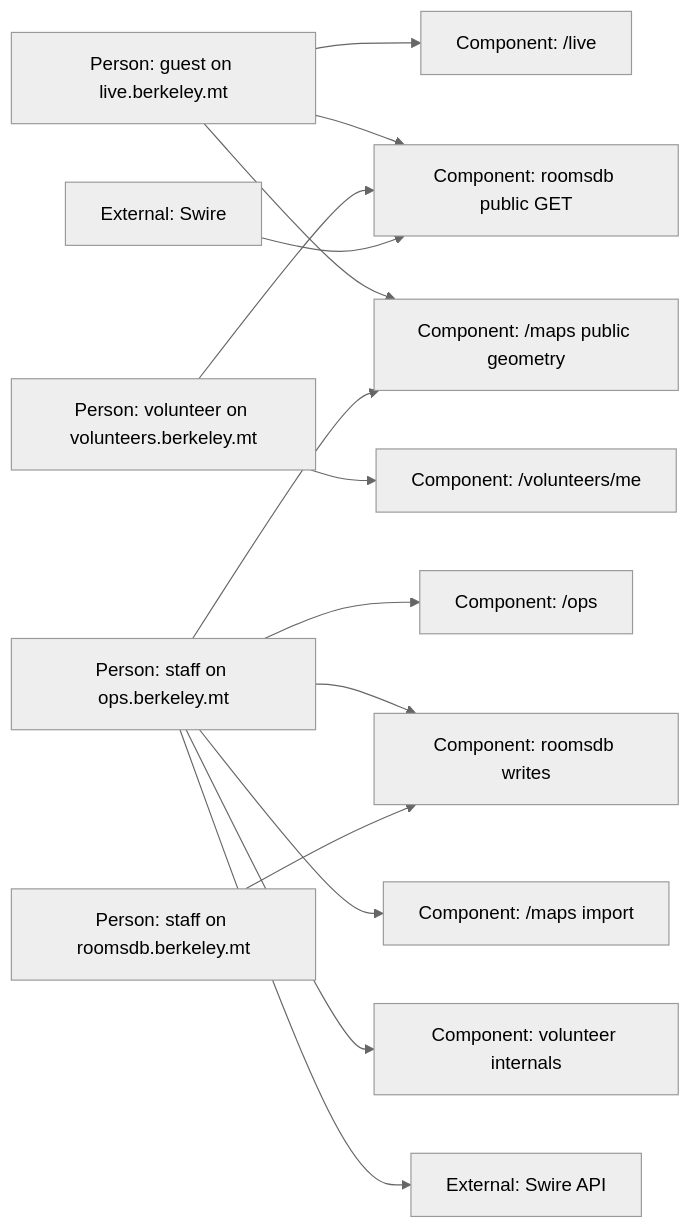
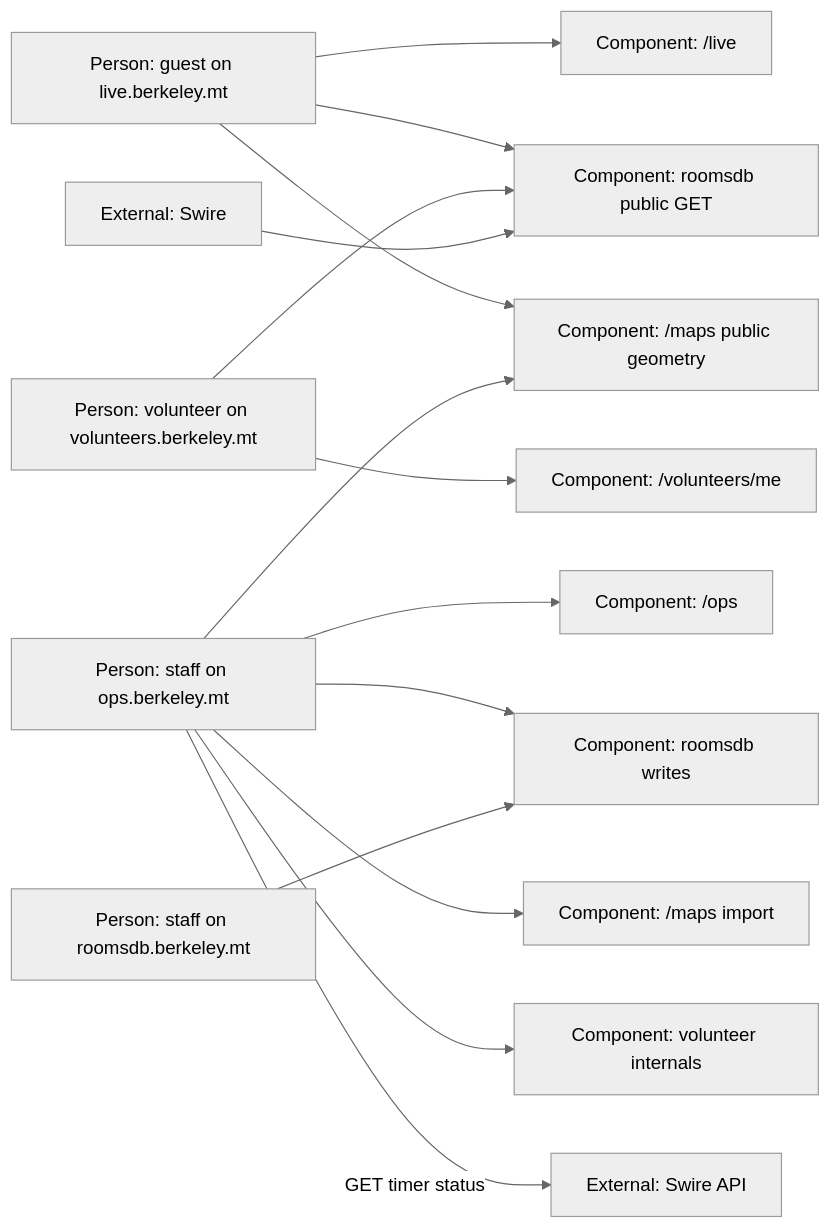
One commit to tri2k/room-allocations-demo changed the second of 2 diagrams in specs/2026-08-24-api-c3.md. Above: the diagram before and after it, drawn with Mermaid. The commit also changed 1 other file, not shown here.

Commit message:
docs: mark the HQ to Swire edge as a read
The build order no longer treats proctor timers as a table this platform writes.

````diff
--- a/specs/2026-08-24-api-c3.md
+++ b/specs/2026-08-24-api-c3.md
@@ -82,31 +82,31 @@
 ```mermaid
 %%{init: {"theme": "neutral"}}%%
 flowchart LR
   liveHost["Person: guest on live.berkeley.mt"]
   volHost["Person: volunteer on volunteers.berkeley.mt"]
   staffOps["Person: staff on ops.berkeley.mt"]
   staffRooms["Person: staff on roomsdb.berkeley.mt"]
   swireExt["External: Swire"]
   roomsdbPublic["Component: roomsdb public GET"]
   roomsdbStaff["Component: roomsdb writes"]
   mapsPublic["Component: /maps public geometry"]
   mapsStaff["Component: /maps import"]
   opsAll["Component: /ops"]
   volMe["Component: /volunteers/me"]
   volInternal["Component: volunteer internals"]
   liveAll["Component: /live"]
   swireApi["External: Swire API"]
   liveHost --> liveAll
   liveHost --> roomsdbPublic
   liveHost --> mapsPublic
   volHost --> volMe
   volHost --> roomsdbPublic
   staffOps --> opsAll
   staffOps --> roomsdbStaff
   staffOps --> mapsPublic
   staffOps --> mapsStaff
   staffOps --> volInternal
-  staffOps --> swireApi
+  staffOps -->|"GET timer status"| swireApi
   staffRooms --> roomsdbStaff
   swireExt --> roomsdbPublic
 ```
````
